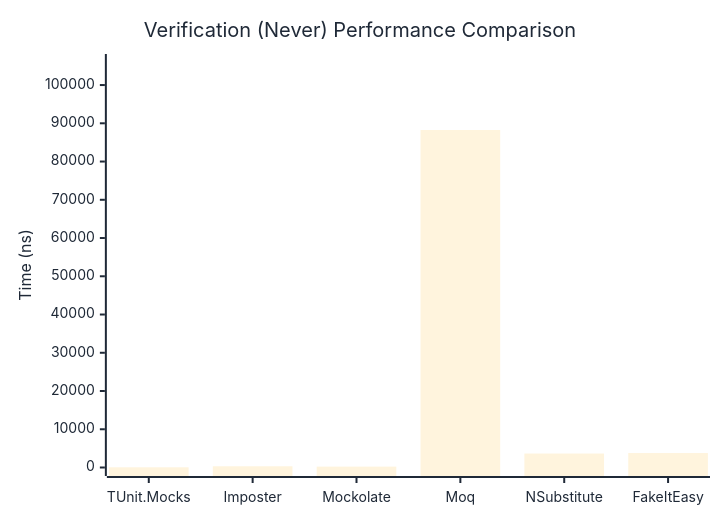
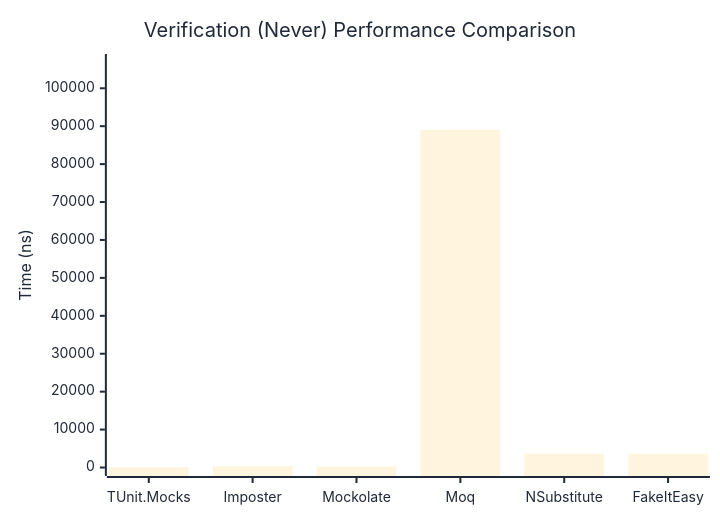
The second of 3 diagrams in docs/docs/benchmarks/mocks/Verification.md (thomhurst/TUnit), drawn with Mermaid before and after one commit. The commit also changed other lines of this file and 14 other files, not shown here.

````diff
--- a/docs/docs/benchmarks/mocks/Verification.md
+++ b/docs/docs/benchmarks/mocks/Verification.md
@@ -71,27 +71,27 @@
 ```mermaid
 %%{init: {
   'theme':'base',
   'themeVariables': {
     'primaryColor': '#2563eb',
     'primaryTextColor': '#1f2937',
     'primaryBorderColor': '#1e40af',
     'lineColor': '#6b7280',
     'secondaryColor': '#7c3aed',
     'tertiaryColor': '#dc2626',
     'background': '#ffffff',
     'pie1': '#2563eb',
     'pie2': '#7c3aed',
     'pie3': '#dc2626',
     'pie4': '#f59e0b',
     'pie5': '#10b981',
     'pie6': '#06b6d4',
     'pie7': '#ec4899',
     'pie8': '#6366f1'
   }
 }}%%
 xychart-beta
   title "Verification (Never) Performance Comparison"
   x-axis ["TUnit.Mocks", "Imposter", "Mockolate", "Moq", "NSubstitute", "FakeItEasy"]
-  y-axis "Time (ns)" 0 --> 105896
-  bar [52.39, 321.12, 230.38, 88245.84, 3653.04, 3781.94]
+  y-axis "Time (ns)" 0 --> 106795
+  bar [54.97, 336.95, 237.05, 88995.44, 3611.83, 3633.38]
 ```
````
